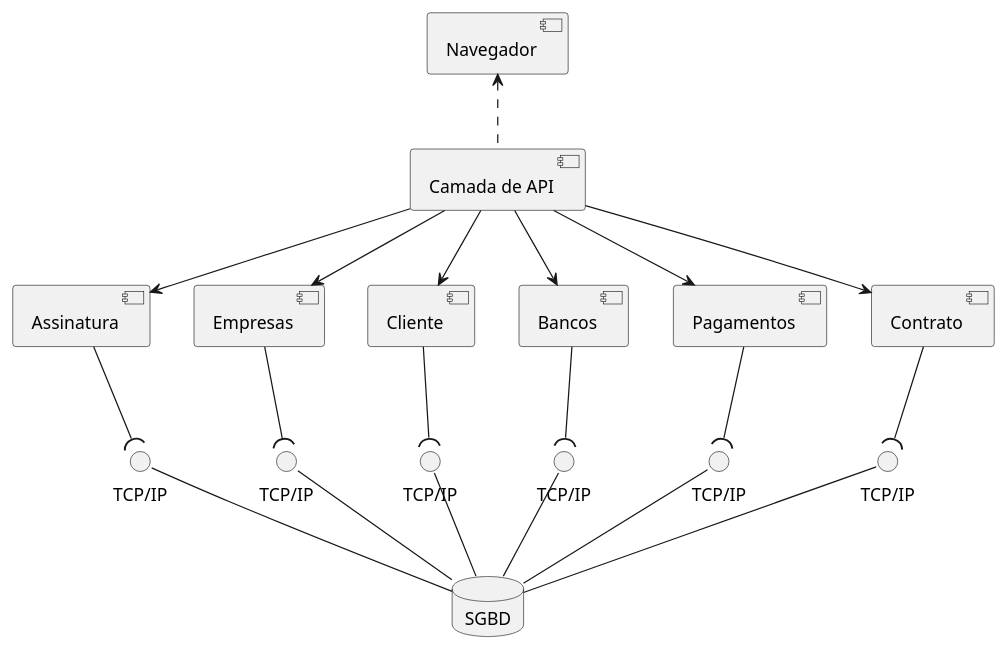
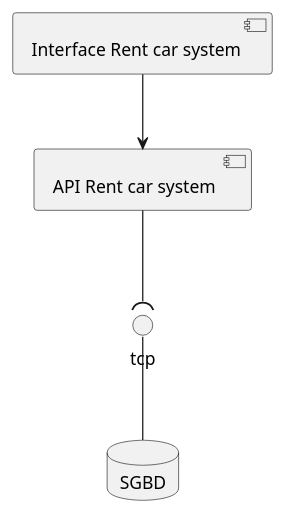
One commit to lucasxae/RentCarSystem changed the diagram in Projeto/Diagrama de Componentes/diagramaComponentes.puml. Above: the diagram before and after it, drawn with PlantUML. The commit also changed 4 other files, not shown here.

Commit message:
arrumando diagramas. OBS = diagrama de pacote nao esta atualizado ainda

```diff
--- a/Projeto/Diagrama de Componentes/diagramaComponentes.puml
+++ b/Projeto/Diagrama de Componentes/diagramaComponentes.puml
@@ -1,57 +1,15 @@
 @startuml
 
-' Navegadores conectados à camada API
-component "Navegador" as browser1
+component "Interface Rent car system" as interfaceLayer
+' Camada API
+component "API Rent car system " as apiLayer
 
-' Camada API
-component "Camada de API" as apiLayer
-
-' REST Components
-component "Assinatura" as produtosRest
-component "Empresas" as clientesRest
-component "Cliente" as tpClient
-component "Bancos" as pedidosRest
-component "Pagamentos" as pagamentosRest
-component "Contrato" as administradoresRest
-
+interfaceLayer --> apiLayer
 ' SQL Servers
 database "SGBD" as sql
 
-' TCP/IP Interfaces
-interface "TCP/IP" as tcpProdutos
-interface "TCP/IP" as tcpClientes
-interface "TCP/IP" as tcpPedidos
-interface "TCP/IP" as tcpPagamentos
-interface "TCP/IP" as tcpAdministradores
-interface "TCP/IP" as tcpClient
-
-' Conexões
-browser1 <.. apiLayer
-
-apiLayer --> produtosRest
-apiLayer --> clientesRest
-apiLayer --> pedidosRest
-apiLayer --> pagamentosRest
-apiLayer --> administradoresRest
-apiLayer --> tpClient
-
 ' Organizando as conexões de interfaces
-produtosRest -down-( tcpProdutos
-tcpProdutos -down- sql
-
-tpClient -down-(tcpClient
-tcpClient -down- sql
-
-clientesRest -down-( tcpClientes
-tcpClientes -down- sql
-
-pedidosRest -down-( tcpPedidos
-tcpPedidos -down- sql
-
-pagamentosRest -down-( tcpPagamentos
-tcpPagamentos -down- sql
-
-administradoresRest -down-( tcpAdministradores
-tcpAdministradores -down- sql
+apiLayer -down-( tcp
+tcp -down- sql
 
 @enduml
```
